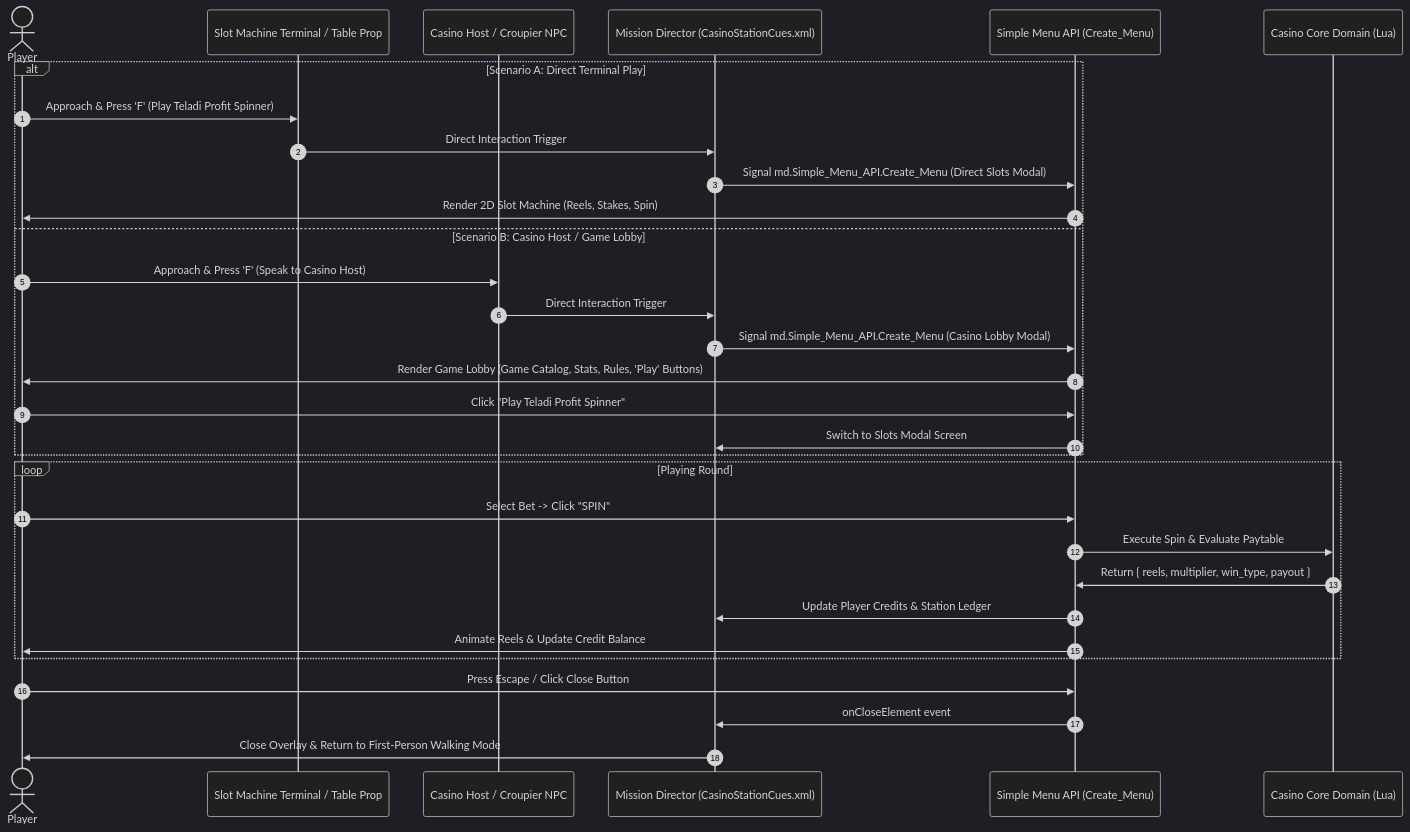
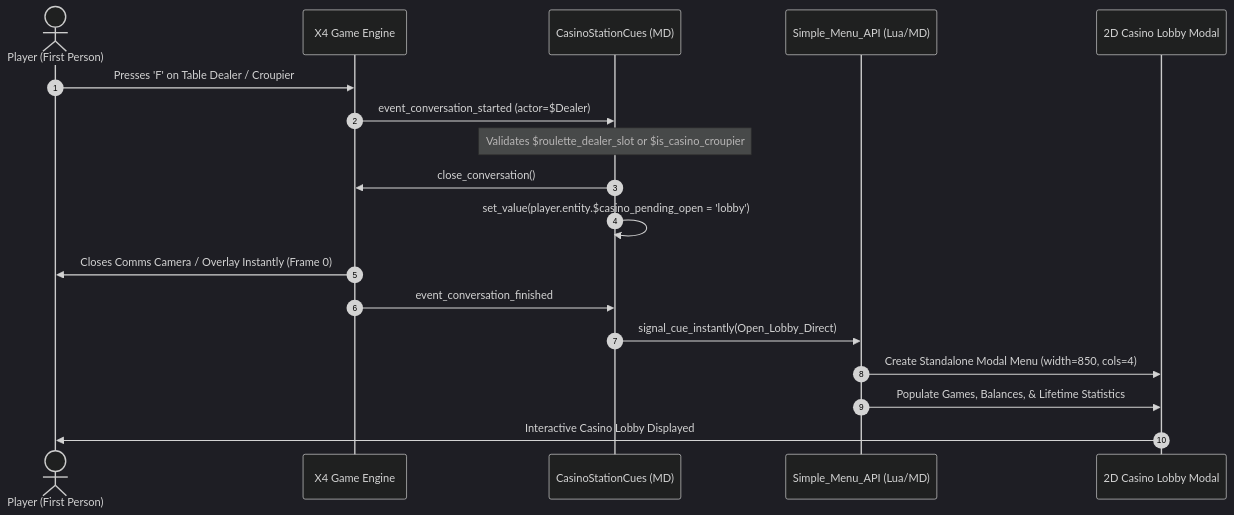
One commit to DrewGamer/X4_CasinoMod changed the first of 3 diagrams in .agents/plans/station-interior-interaction-architecture.md. Above: the diagram before and after it, drawn with Mermaid (dark theme). The commit also changed other lines of this file and 3 other files, not shown here.

Commit message:
feat(md): implement 3-tier physical interaction engine with zero-click dealer bypass

````diff
--- a/.agents/plans/station-interior-interaction-architecture.md
+++ b/.agents/plans/station-interior-interaction-architecture.md
@@ -78,36 +83,21 @@
 ```mermaid
 sequenceDiagram
     autonumber
-    actor Player
-    participant Prop as Slot Machine Terminal / Table Prop
-    participant Host as Casino Host / Croupier NPC
-    participant MD as Mission Director (CasinoStationCues.xml)
-    participant UI as Simple Menu API (Create_Menu)
-    participant Core as Casino Core Domain (Lua)
+    actor Player as Player (First Person)
+    participant Engine as X4 Game Engine
+    participant Cue as CasinoStationCues (MD)
+    participant MenuAPI as Simple_Menu_API (Lua/MD)
+    participant GUI as 2D Casino Lobby Modal
 
-    alt Scenario A: Direct Terminal Play
-        Player->>Prop: Approach & Press 'F' (Play Teladi Profit Spinner)
-        Prop->>MD: Direct Interaction Trigger
-        MD->>UI: Signal md.Simple_Menu_API.Create_Menu (Direct Slots Modal)
-        UI->>Player: Render 2D Slot Machine (Reels, Stakes, Spin)
-    else Scenario B: Casino Host / Game Lobby
-        Player->>Host: Approach & Press 'F' (Speak to Casino Host)
-        Host->>MD: Direct Interaction Trigger
-        MD->>UI: Signal md.Simple_Menu_API.Create_Menu (Casino Lobby Modal)
-        UI->>Player: Render Game Lobby (Game Catalog, Stats, Rules, 'Play' Buttons)
-        Player->>UI: Click "Play Teladi Profit Spinner"
-        UI->>MD: Switch to Slots Modal Screen
-    end
-
-    loop Playing Round
-        Player->>UI: Select Bet -> Click "SPIN"
-        UI->>Core: Execute Spin & Evaluate Paytable
-        Core->>UI: Return { reels, multiplier, win_type, payout }
-        UI->>MD: Update Player Credits & Station Ledger
-        UI->>Player: Animate Reels & Update Credit Balance
-    end
-
-    Player->>UI: Press Escape / Click Close Button
-    UI->>MD: onCloseElement event
-    MD->>Player: Close Overlay & Return to First-Person Walking Mode
+    Player->>Engine: Presses 'F' on Table Dealer / Croupier
+    Engine->>Cue: event_conversation_started (actor=$Dealer)
+    Note over Cue: Validates $roulette_dealer_slot or $is_casino_croupier
+    Cue->>Engine: close_conversation()
+    Cue->>Cue: set_value(player.entity.$casino_pending_open = 'lobby')
+    Engine->>Player: Closes Comms Camera / Overlay Instantly (Frame 0)
+    Engine->>Cue: event_conversation_finished
+    Cue->>MenuAPI: signal_cue_instantly(Open_Lobby_Direct)
+    MenuAPI->>GUI: Create Standalone Modal Menu (width=850, cols=4)
+    MenuAPI->>GUI: Populate Games, Balances, & Lifetime Statistics
+    GUI->>Player: Interactive Casino Lobby Displayed
 ```
````
